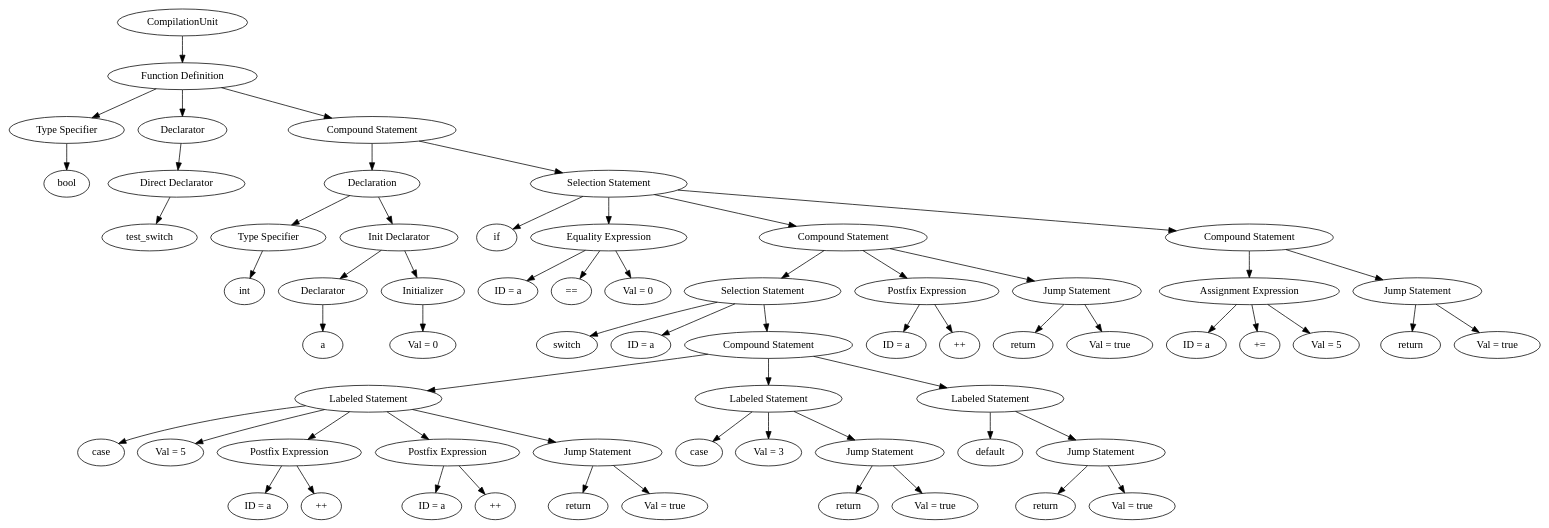
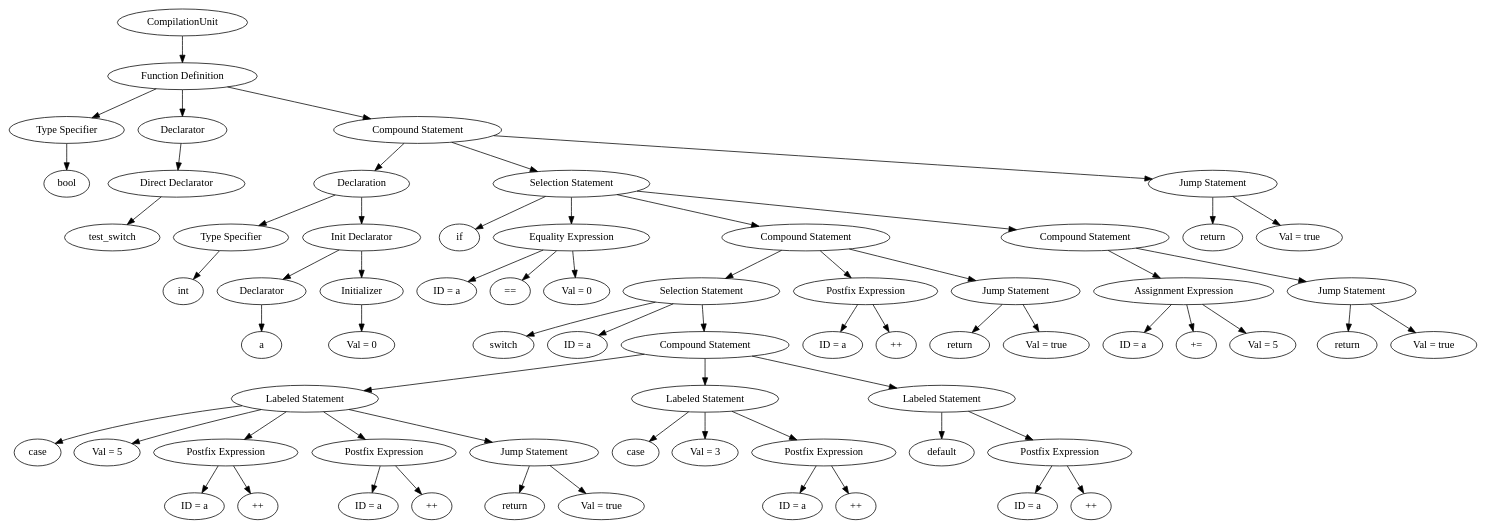
The diagram in ExpectedTestOutput/switch_cleaned_output.dot (lvanroy/c-dead-code-analyser), drawn with Graphviz before and after one commit. The commit also changed 5 other files, not shown here.

```diff
--- a/ExpectedTestOutput/switch_cleaned_output.dot
+++ b/ExpectedTestOutput/switch_cleaned_output.dot
@@ -1,130 +1,136 @@
 digraph G {
 		Q0[label="CompilationUnit"];
 		Q0 -> Q1
 		Q1[label="Function Definition"];
 		Q1 -> Q2
 		Q2[label="Type Specifier"];
 		Q2 -> Q3
 		Q3[label="bool"];
 		Q1 -> Q4
 		Q4[label="Declarator"];
 		Q4 -> Q5
 		Q5[label="Direct Declarator"];
 		Q5 -> Q6
 		Q6[label="test_switch"];
 		Q1 -> Q7
 		Q7[label="Compound Statement"];
 		Q7 -> Q8
 		Q8[label="Declaration"];
 		Q8 -> Q9
 		Q9[label="Type Specifier"];
 		Q9 -> Q10
 		Q10[label="int"];
 		Q8 -> Q11
 		Q11[label="Init Declarator"];
 		Q11 -> Q12
 		Q12[label="Declarator"];
 		Q12 -> Q13
 		Q13[label="a"];
 		Q11 -> Q14
 		Q14[label="Initializer"];
 		Q14 -> Q15
 		Q15[label="Val = 0"];
 		Q7 -> Q16
 		Q16[label="Selection Statement"];
 		Q16 -> Q17
 		Q17[label="if"];
 		Q16 -> Q18
 		Q18[label="Equality Expression"];
 		Q18 -> Q19
 		Q19[label="ID = a"];
 		Q18 -> Q20
 		Q20[label="=="];
 		Q18 -> Q21
 		Q21[label="Val = 0"];
 		Q16 -> Q22
 		Q22[label="Compound Statement"];
 		Q22 -> Q23
 		Q23[label="Selection Statement"];
 		Q23 -> Q24
 		Q24[label="switch"];
 		Q23 -> Q25
 		Q25[label="ID = a"];
 		Q23 -> Q26
 		Q26[label="Compound Statement"];
 		Q26 -> Q27
 		Q27[label="Labeled Statement"];
 		Q27 -> Q28
 		Q28[label="case"];
 		Q27 -> Q29
 		Q29[label="Val = 5"];
 		Q27 -> Q30
 		Q30[label="Postfix Expression"];
 		Q30 -> Q31
 		Q31[label="ID = a"];
 		Q30 -> Q32
 		Q32[label="++"];
 		Q27 -> Q33
 		Q33[label="Postfix Expression"];
 		Q33 -> Q34
 		Q34[label="ID = a"];
 		Q33 -> Q35
 		Q35[label="++"];
 		Q27 -> Q36
 		Q36[label="Jump Statement"];
 		Q36 -> Q37
 		Q37[label="return"];
 		Q36 -> Q38
 		Q38[label="Val = true"];
 		Q26 -> Q39
 		Q39[label="Labeled Statement"];
 		Q39 -> Q40
 		Q40[label="case"];
 		Q39 -> Q41
 		Q41[label="Val = 3"];
 		Q39 -> Q42
-		Q42[label="Jump Statement"];
+		Q42[label="Postfix Expression"];
 		Q42 -> Q43
-		Q43[label="return"];
+		Q43[label="ID = a"];
 		Q42 -> Q44
-		Q44[label="Val = true"];
+		Q44[label="++"];
 		Q26 -> Q45
 		Q45[label="Labeled Statement"];
 		Q45 -> Q46
 		Q46[label="default"];
 		Q45 -> Q47
-		Q47[label="Jump Statement"];
+		Q47[label="Postfix Expression"];
 		Q47 -> Q48
-		Q48[label="return"];
+		Q48[label="ID = a"];
 		Q47 -> Q49
-		Q49[label="Val = true"];
+		Q49[label="++"];
 		Q22 -> Q50
 		Q50[label="Postfix Expression"];
 		Q50 -> Q51
 		Q51[label="ID = a"];
 		Q50 -> Q52
 		Q52[label="++"];
 		Q22 -> Q53
 		Q53[label="Jump Statement"];
 		Q53 -> Q54
 		Q54[label="return"];
 		Q53 -> Q55
 		Q55[label="Val = true"];
 		Q16 -> Q56
 		Q56[label="Compound Statement"];
 		Q56 -> Q57
 		Q57[label="Assignment Expression"];
 		Q57 -> Q58
 		Q58[label="ID = a"];
 		Q57 -> Q59
 		Q59[label="+="];
 		Q57 -> Q60
 		Q60[label="Val = 5"];
 		Q56 -> Q61
 		Q61[label="Jump Statement"];
 		Q61 -> Q62
 		Q62[label="return"];
 		Q61 -> Q63
 		Q63[label="Val = true"];
+		Q7 -> Q64
+		Q64[label="Jump Statement"];
+		Q64 -> Q65
+		Q65[label="return"];
+		Q64 -> Q66
+		Q66[label="Val = true"];
 		
 }
```
